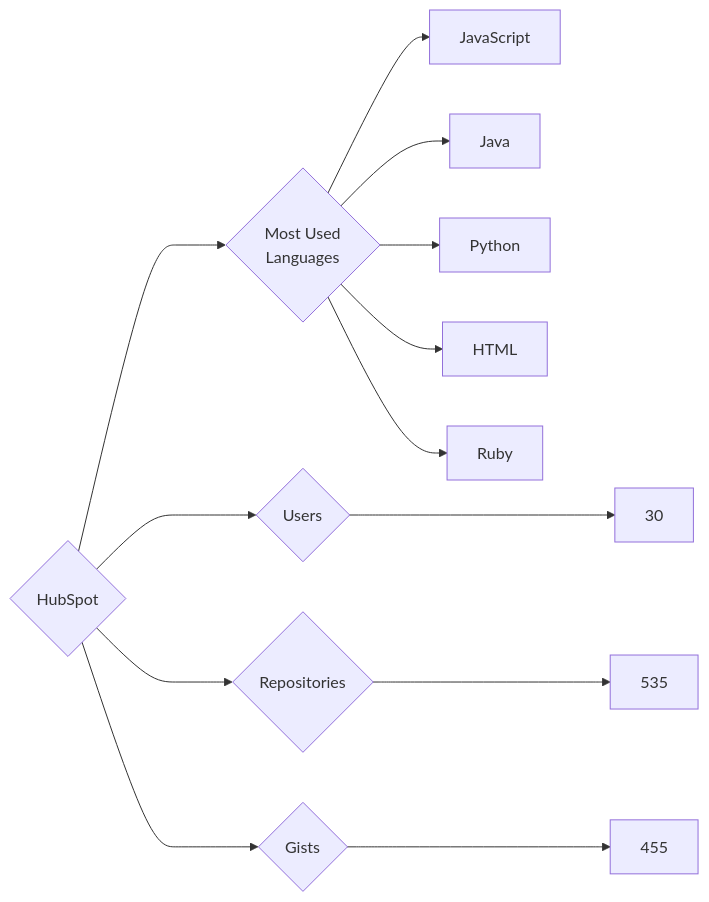
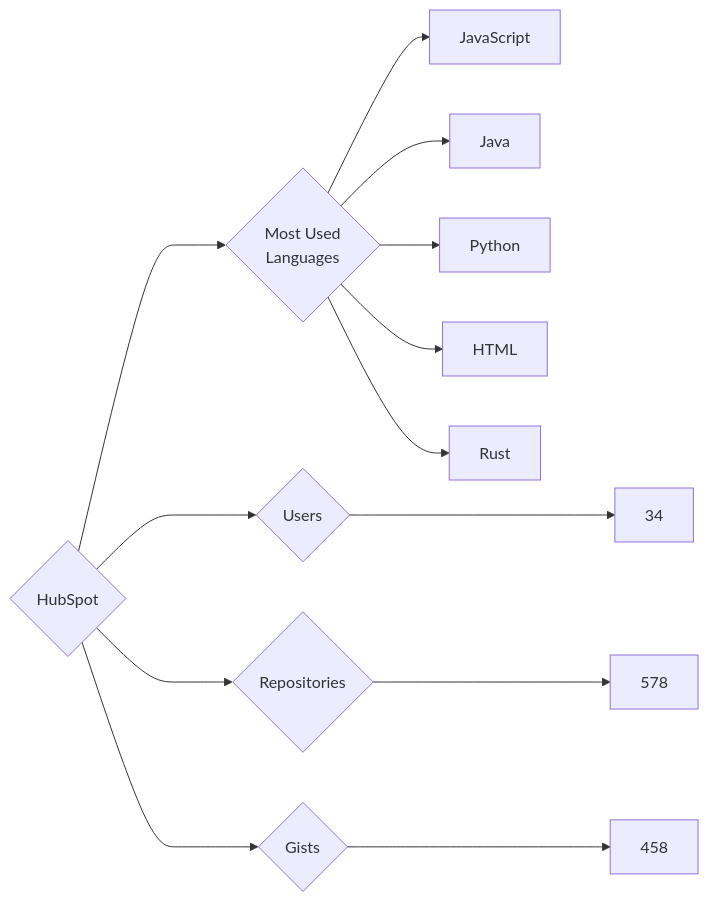
Before and after one commit to trickest/insiders: the diagram in targets/HubSpot/README.md, drawn with Mermaid. The commit also changed 718 other files, not shown here.

````diff
--- a/targets/HubSpot/README.md
+++ b/targets/HubSpot/README.md
@@ -3,13 +3,13 @@
 ```mermaid
 graph LR
 COMPANY_NAME{HubSpot}
-COMPANY_NAME ---> U{Users} ---> UN[30]
-COMPANY_NAME ---> R{Repositories} ---> RN[535]
-COMPANY_NAME ---> G{Gists} ---> GN[455]
+COMPANY_NAME ---> U{Users} ---> UN[34]
+COMPANY_NAME ---> R{Repositories} ---> RN[578]
+COMPANY_NAME ---> G{Gists} ---> GN[458]
 COMPANY_NAME ---> ML{Most Used<br>Languages}
 ML --> JavaScript[JavaScript]
 ML --> Java[Java]
 ML --> Python[Python]
 ML --> HTML[HTML]
-ML --> Ruby[Ruby]
+ML --> Rust[Rust]
 ```
````
